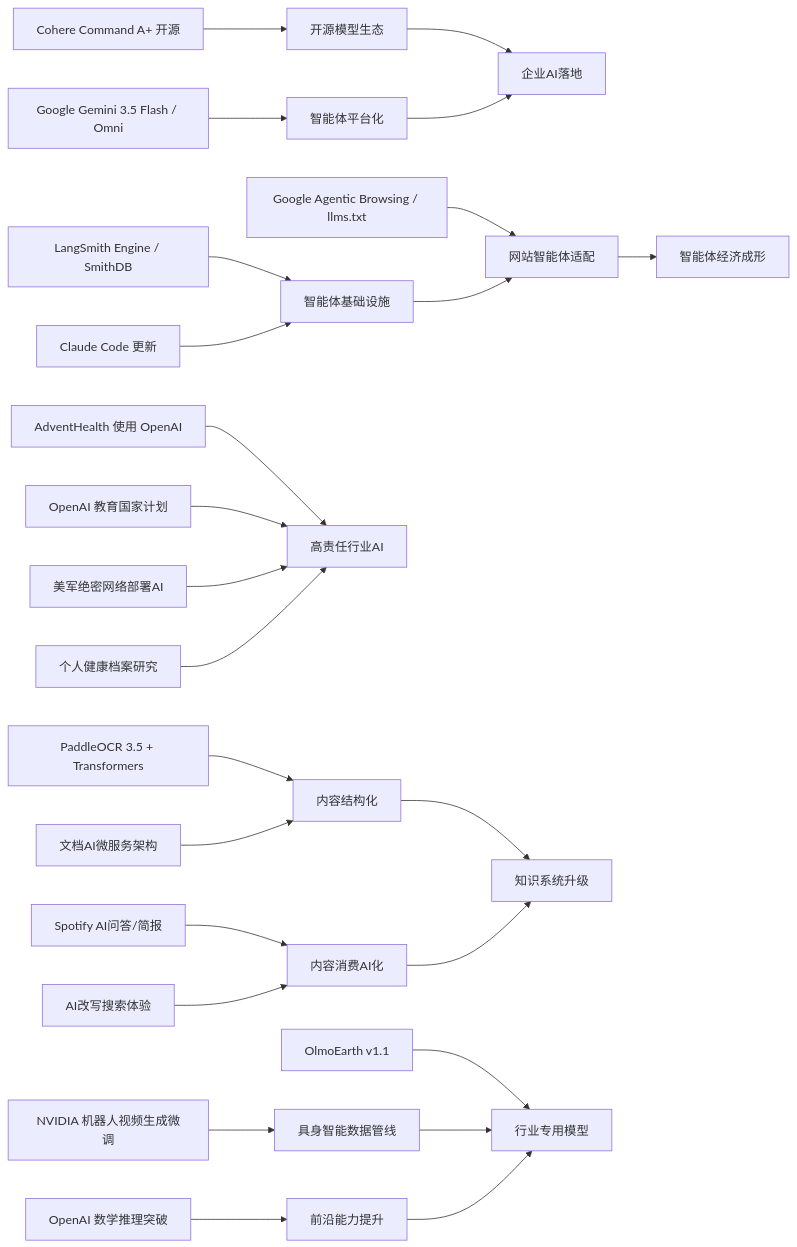
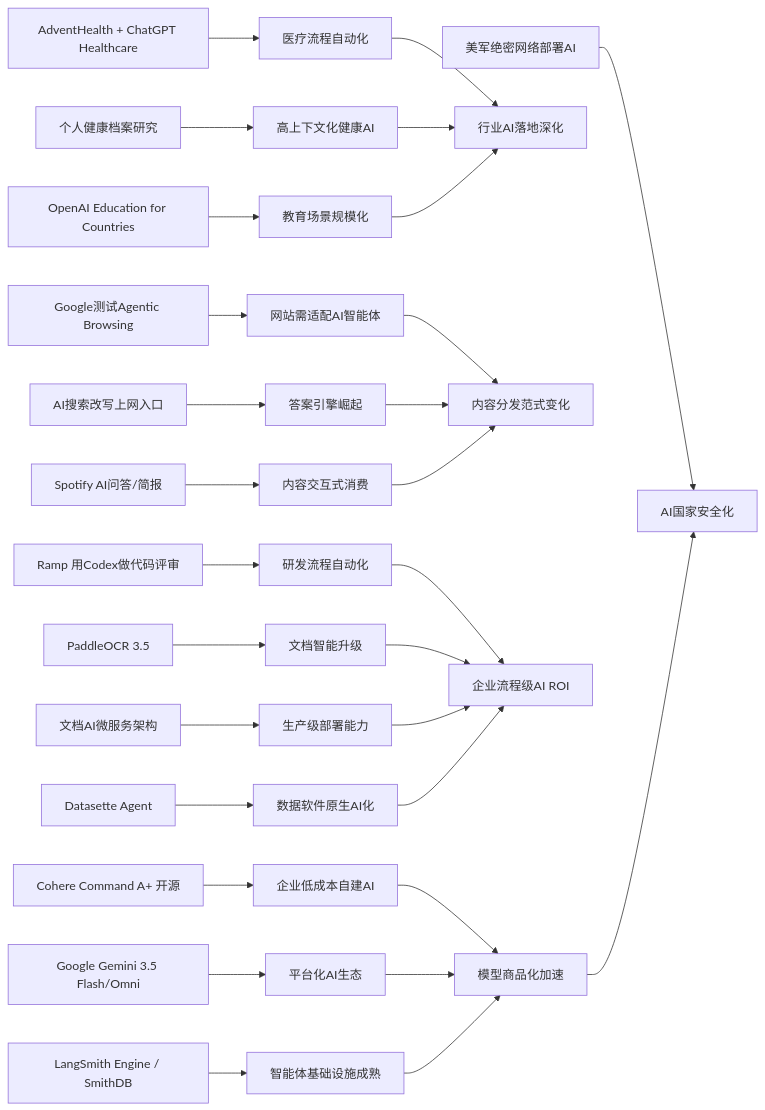
One commit to zhuxinfei/ai-daily-site changed the diagram in content/cn/2026/2026-05/2026-05-21.md. Above: the diagram before and after it, drawn with Mermaid. The commit also changed other lines of this file, not shown here.

````diff
--- a/content/cn/2026/2026-05/2026-05-21.md
+++ b/content/cn/2026/2026-05/2026-05-21.md
@@ -110,31 +110,35 @@
 ```mermaid
 graph LR
-    Cohere[Cohere Command A+ 开源] --> OpenModel[开源模型生态]
-    GoogleIO[Google Gemini 3.5 Flash / Omni] --> AgentPlatform[智能体平台化]
-    OpenModel --> EnterpriseAdoption[企业AI落地]
-    AgentPlatform --> EnterpriseAdoption
+    A[Cohere Command A+ 开源] --> B[企业低成本自建AI]
+    C[Google Gemini 3.5 Flash/Omni] --> D[平台化AI生态]
+    E[LangSmith Engine / SmithDB] --> F[智能体基础设施成熟]
+    B --> G[模型商品化加速]
+    D --> G
+    F --> G
 
-    LangSmith[LangSmith Engine / SmithDB] --> AgentInfra[智能体基础设施]
-    ClaudeCode[Claude Code 更新] --> AgentInfra
-    Lighthouse[Google Agentic Browsing / llms.txt] --> AgentWeb[网站智能体适配]
-    AgentInfra --> AgentWeb
-    AgentWeb --> AgentEconomy[智能体经济成形]
+    H[AdventHealth + ChatGPT Healthcare] --> I[医疗流程自动化]
+    J[个人健康档案研究] --> K[高上下文化健康AI]
+    L[OpenAI Education for Countries] --> M[教育场景规模化]
+    I --> N[行业AI落地深化]
+    K --> N
+    M --> N
 
-    AdventHealth[AdventHealth 使用 OpenAI] --> HighStake[高责任行业AI]
-    EduCountries[OpenAI 教育国家计划] --> HighStake
-    USCyber[美军绝密网络部署AI] --> HighStake
-    HealthRecord[个人健康档案研究] --> HighStake
+    O[Google测试Agentic Browsing] --> P[网站需适配AI智能体]
+    Q[AI搜索改写上网入口] --> R[答案引擎崛起]
+    S[Spotify AI问答/简报] --> T[内容交互式消费]
+    P --> U[内容分发范式变化]
+    R --> U
+    T --> U
 
-    PaddleOCR[PaddleOCR 3.5 + Transformers] --> ContentStructuring[内容结构化]
-    DocAI[文档AI微服务架构] --> ContentStructuring
-    Spotify[Spotify AI问答/简报] --> ContentConsumption[内容消费AI化]
-    SearchAI[AI改写搜索体验] --> ContentConsumption
-    ContentStructuring --> KnowledgeSystems[知识系统升级]
-    ContentConsumption --> KnowledgeSystems
+    V[Ramp 用Codex做代码评审] --> W[研发流程自动化]
+    X[PaddleOCR 3.5] --> Y[文档智能升级]
+    Z[文档AI微服务架构] --> AA[生产级部署能力]
+    AB[Datasette Agent] --> AC[数据软件原生AI化]
+    W --> AD[企业流程级AI ROI]
+    Y --> AD
+    AA --> AD
+    AC --> AD
 
-    NvidiaRobot[NVIDIA 机器人视频生成微调] --> EmbodiedAI[具身智能数据管线]
-    OlmoEarth[OlmoEarth v1.1] --> VerticalModels[行业专用模型]
-    MathBreakthrough[OpenAI 数学推理突破] --> FrontierCapability[前沿能力提升]
-    EmbodiedAI --> VerticalModels
-    FrontierCapability --> VerticalModels
+    AE[美军绝密网络部署AI] --> AF[AI国家安全化]
+    G --> AF
 ```
````
